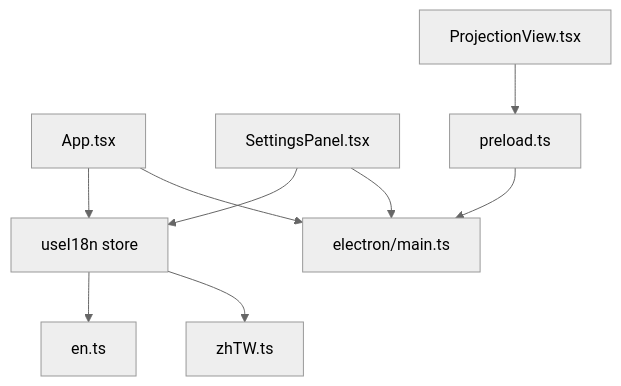
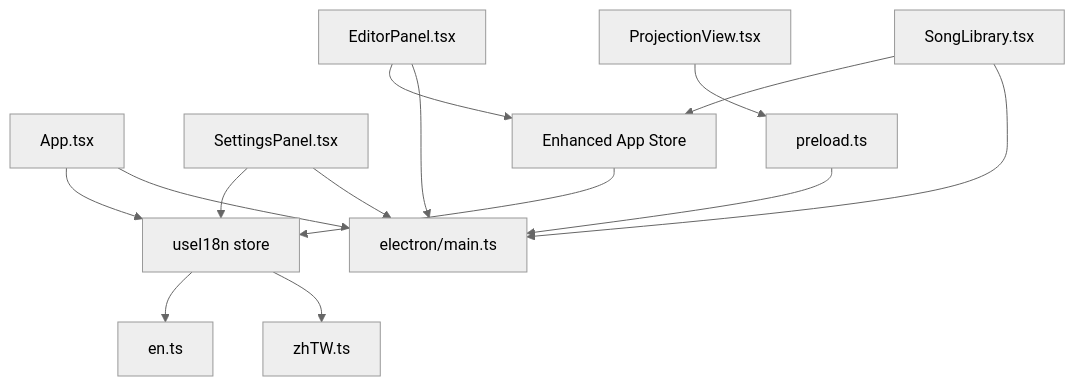
The sixth of 6 diagrams in .qoder/repowiki/en/content/Internationalization.md (jimmywyk/lyricdeck), drawn with Mermaid (neutral theme) before and after one commit. The commit also changed other lines of this file and 11 other files, not shown here.

````diff
--- a/.qoder/repowiki/en/content/Internationalization.md
+++ b/.qoder/repowiki/en/content/Internationalization.md
@@ -234,11 +305,16 @@
 ```mermaid
 graph TB
 Store["useI18n store"] --> En["en.ts"]
 Store --> ZhTW["zhTW.ts"]
 App["App.tsx"] --> Store
 Settings["SettingsPanel.tsx"] --> Store
 Projection["ProjectionView.tsx"] --> Preload["preload.ts"]
 Preload --> MainProc["electron/main.ts"]
+Editor["EditorPanel.tsx"] --> AppStore["Enhanced App Store"]
+Library["SongLibrary.tsx"] --> AppStore
+AppStore --> Store
 App --> MainProc
 Settings --> MainProc
+Editor --> MainProc
+Library --> MainProc
 ```
````
